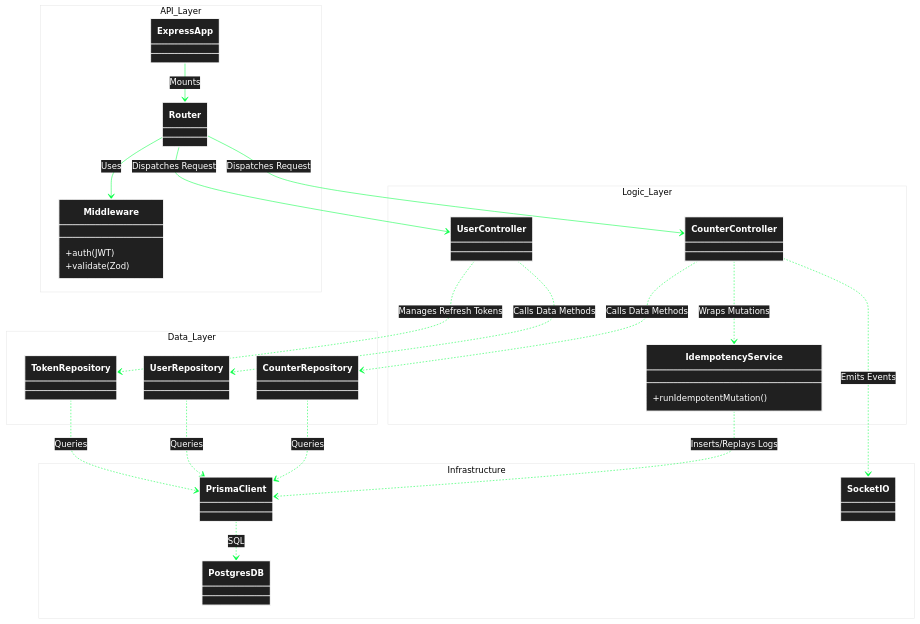
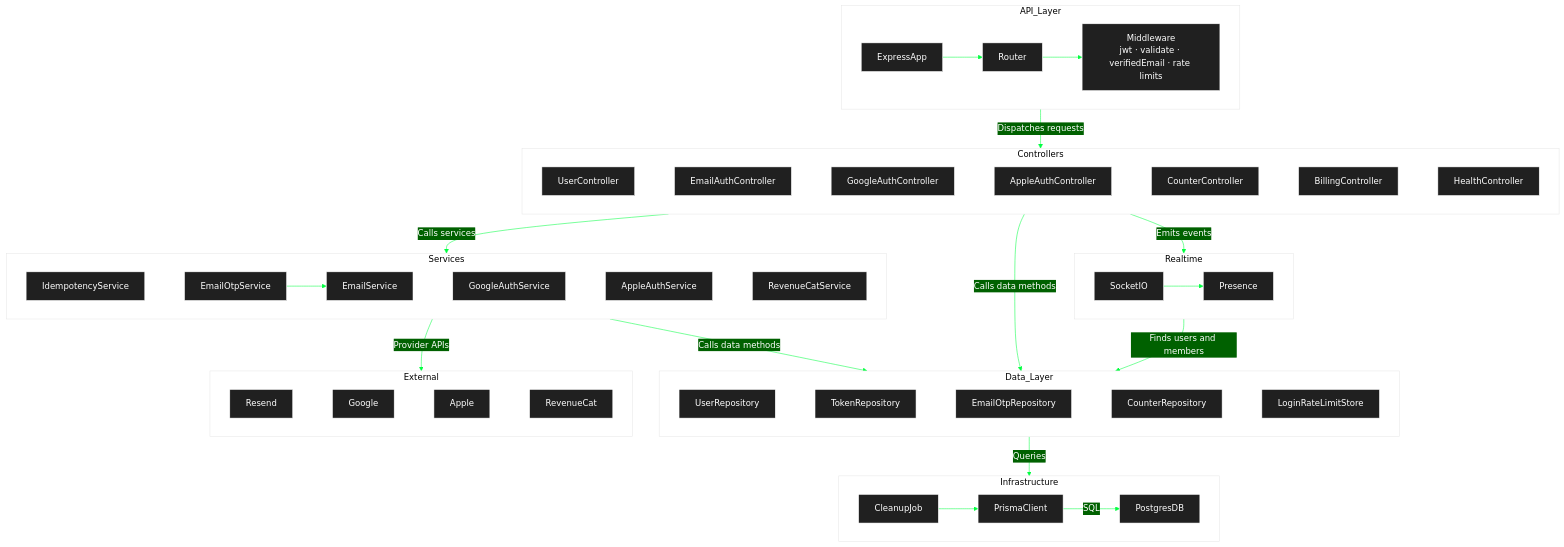
The diagram in docs/diagrams/architecture/server-data-flow.md (michaelgreenl/tally-tracker), drawn with Mermaid before and after one commit. The commit also changed other lines of this file and 8 other files, not shown here.

First line of the commit message:
docs(diagrams): match the diagrams to the current code

````diff
--- a/docs/diagrams/architecture/server-data-flow.md
+++ b/docs/diagrams/architecture/server-data-flow.md
@@ -3,71 +3,56 @@
 ```mermaid
 %%{
   init: {
     'theme': 'base',
     'themeVariables': {
       'primaryColor': '#202020',
       'primaryTextColor': '#fff',
       'primaryBorderColor': '#ffffff',
       'lineColor': '#00ff41',
       'secondaryColor': '#006100',
       'tertiaryColor': '#fff',
       'noteBkgColor': '#333',
       'noteTextColor': '#fff',
       'noteBorderColor': '#fff'
     }
   }
 }%%
 
+flowchart TB
+    subgraph API_Layer
+        ExpressApp --> Router --> Middleware["Middleware<br/>jwt · validate · verifiedEmail · rate limits"]
+    end
 
-classDiagram
-    direction TB
+    subgraph Controllers
+        UserController ~~~ EmailAuthController ~~~ GoogleAuthController ~~~ AppleAuthController ~~~ CounterController ~~~ BillingController ~~~ HealthController
+    end
 
-    namespace API_Layer {
-        class ExpressApp
-        class Router
-        class Middleware {
-            +auth (JWT)
-            +validate (Zod)
-        }
-    }
+    subgraph Services
+        IdempotencyService ~~~ EmailOtpService --> EmailService ~~~ GoogleAuthService ~~~ AppleAuthService ~~~ RevenueCatService
+    end
 
-    namespace Logic_Layer {
-        class CounterController
-        class UserController
-        class IdempotencyService {
-            +runIdempotentMutation()
-        }
-    }
+    subgraph Realtime
+        SocketIO --> Presence
+    end
 
-    namespace Data_Layer {
-        class CounterRepository
-        class UserRepository
-        class TokenRepository
-    }
+    subgraph Data_Layer
+        UserRepository ~~~ TokenRepository ~~~ EmailOtpRepository ~~~ CounterRepository ~~~ LoginRateLimitStore
+    end
 
-    namespace Infrastructure {
-        class PrismaClient
-        class SocketIO
-        class PostgresDB
-    }
+    subgraph External
+        Resend ~~~ Google ~~~ Apple ~~~ RevenueCat
+    end
 
-    %% Flow
-    ExpressApp --> Router : Mounts
-    Router --> Middleware : Uses
-    Router --> CounterController : Dispatches Request
-    Router --> UserController : Dispatches Request
+    subgraph Infrastructure
+        CleanupJob --> PrismaClient -- SQL --> PostgresDB
+    end
 
-    CounterController ..> IdempotencyService : Wraps Mutations
-    CounterController ..> CounterRepository : Calls Data Methods
-    UserController ..> UserRepository : Calls Data Methods
-    UserController ..> TokenRepository : Manages Refresh Tokens
-
-    CounterController ..> SocketIO : Emits Events
-
-    IdempotencyService ..> PrismaClient : Inserts/Replays Logs
-    CounterRepository ..> PrismaClient : Queries
-    UserRepository ..> PrismaClient : Queries
-    TokenRepository ..> PrismaClient : Queries
-
-    PrismaClient ..> PostgresDB : SQL
+    API_Layer -- "Dispatches requests" --> Controllers
+    Controllers -- "Calls services" --> Services
+    Controllers -- "Calls data methods" --> Data_Layer
+    Controllers -- "Emits events" --> Realtime
+    Services -- "Provider APIs" --> External
+    Services -- "Calls data methods" --> Data_Layer
+    Realtime -- "Finds users and members" --> Data_Layer
+    Data_Layer -- "Queries" --> Infrastructure
 ```
````
